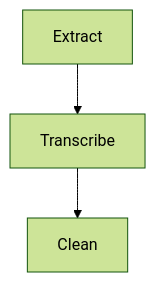
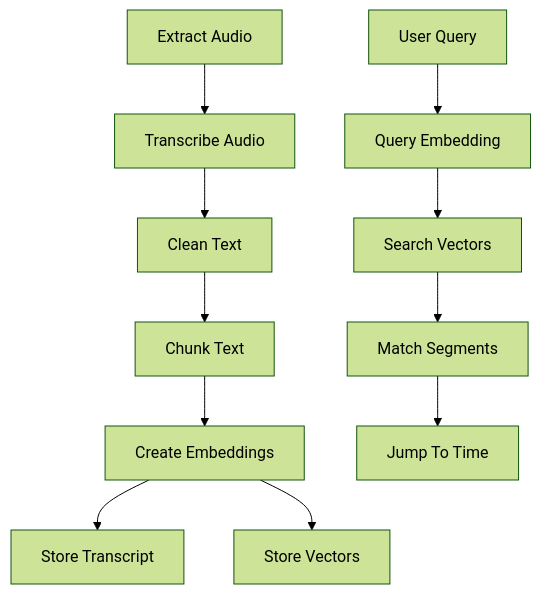
The diagram in diagrams/aegis-architecture.md (kishoredb/kishoredb-research), drawn with Mermaid (forest theme) before and after one commit.

````diff
--- a/diagrams/aegis-architecture.md
+++ b/diagrams/aegis-architecture.md
@@ -1,7 +1,23 @@
 ```mermaid
 flowchart TD
-    A1[Extract]
-    A2[Transcribe]
-    A3[Clean]
-    A1 --> A2 --> A3
+
+    A1[Extract Audio]
+    A2[Transcribe Audio]
+    A3[Clean Text]
+    A4[Chunk Text]
+    A5[Create Embeddings]
+    A6[Store Transcript]
+    A7[Store Vectors]
+
+    Q1[User Query]
+    Q2[Query Embedding]
+    Q3[Search Vectors]
+    Q4[Match Segments]
+    Q5[Jump To Time]
+
+    A1 --> A2 --> A3 --> A4 --> A5
+    A5 --> A6
+    A5 --> A7
+
+    Q1 --> Q2 --> Q3 --> Q4 --> Q5
 ```
````
